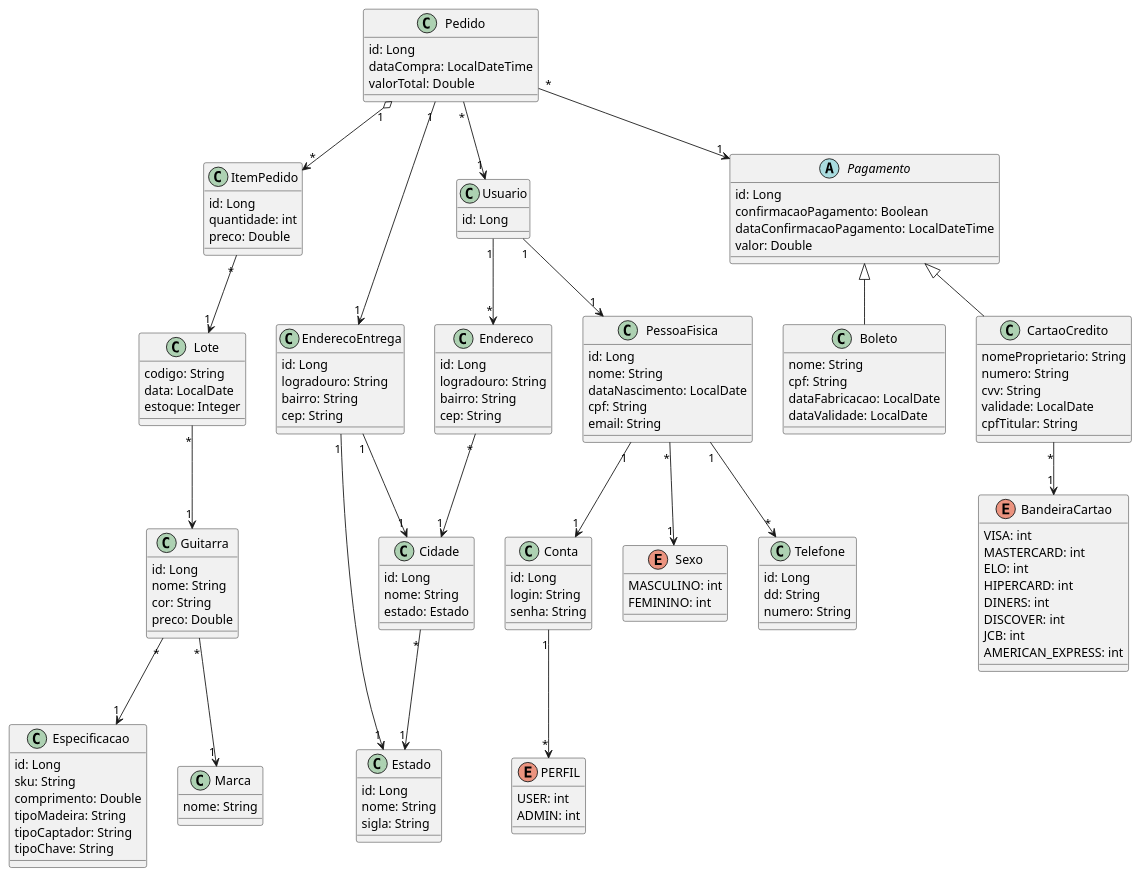
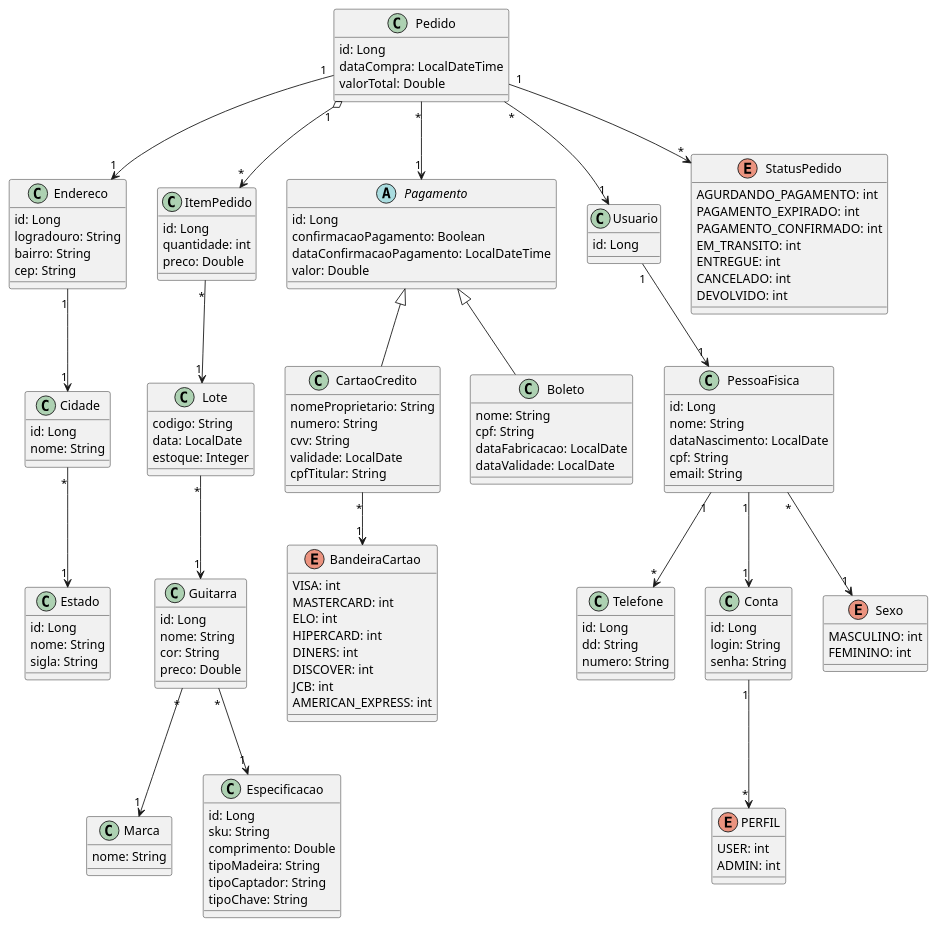
The diagram in oneGuitars-tp1-quarkus/src/main/resources/uml/uml_v2.plantuml (filipeFerreira7/api-oneGuitars-quarkus), drawn with PlantUML before and after one commit. The commit also changed 264 other files, not shown here.

```diff
--- a/oneGuitars-tp1-quarkus/src/main/resources/uml/uml_v2.plantuml
+++ b/oneGuitars-tp1-quarkus/src/main/resources/uml/uml_v2.plantuml
@@ -1,157 +1,156 @@
-@startuml
+@startuml oneGuitars
 class Telefone {
     id: Long
     dd: String
     numero: String
 }
 
 class Guitarra {
     id: Long
     nome: String
     cor: String
     preco: Double
 }
 
 class Marca {
     nome: String
 }
 
 class Especificacao {
     id: Long
     sku: String
     comprimento: Double
     tipoMadeira: String
     tipoCaptador: String
     tipoChave: String
 }
 
 class Conta {
     id: Long
     login: String
     senha: String
 }
 
 class PessoaFisica {
     id: Long
     nome: String
     dataNascimento: LocalDate
     cpf: String
     email: String
 }
 
 enum Sexo {
     MASCULINO: int
     FEMININO: int
 }
 
+
 class Endereco {
-    id: Long
-    logradouro: String
-    bairro: String
-    cep: String
-}
-
-class EnderecoEntrega {
     id: Long
     logradouro: String
     bairro: String
     cep: String
 }
 
 class Cidade {
     id: Long
     nome: String
-    estado: Estado
+    
 }
 
 class Estado {
     id: Long
     nome: String
     sigla: String
 }
 
 class Pedido {
     id: Long
     dataCompra: LocalDateTime
     valorTotal: Double
 }
 
 class ItemPedido {
     id: Long
     quantidade: int
     preco: Double
 }
 
 abstract class Pagamento {
     id: Long
     confirmacaoPagamento: Boolean
     dataConfirmacaoPagamento: LocalDateTime
     valor: Double
 }
 
 class CartaoCredito {
     nomeProprietario: String
     numero: String
     cvv: String
     validade: LocalDate
     cpfTitular: String
 }
 
 enum BandeiraCartao {
     VISA: int
     MASTERCARD: int
     ELO: int
     HIPERCARD: int
     DINERS: int
     DISCOVER: int
     JCB: int
     AMERICAN_EXPRESS: int
 }
 
 class Boleto {
     nome: String
     cpf: String
     dataFabricacao: LocalDate
     dataValidade: LocalDate
 }
 
 class Lote {
     codigo: String
     data: LocalDate
     estoque: Integer
 }
 
 class Usuario{
     id: Long
     
 }
 enum PERFIL {
     USER: int
     ADMIN: int
 }
 
+enum StatusPedido{
+ AGURDANDO_PAGAMENTO: int
+ PAGAMENTO_EXPIRADO: int
+ PAGAMENTO_CONFIRMADO: int
+ EM_TRANSITO: int
+ ENTREGUE: int
+ CANCELADO: int
+ DEVOLVIDO: int 
+}
+Pedido "1" --> "*" StatusPedido
 Pedido "*" --> "1" Usuario
 Pedido "*" --> "1" Pagamento
-Pedido "1" --> "1" EnderecoEntrega
+Pedido "1" --> "1" Endereco
 Pedido "1" o--> "*" ItemPedido
 ItemPedido "*" --> "1" Lote
-
-Usuario "1" --> "*" Endereco
-
 Guitarra "*" --> "1" Especificacao
 Guitarra "*" --> "1" Marca
 Lote "*" --> "1" Guitarra
 PessoaFisica "1" --> "*" Telefone
 Usuario "1" --> "1" PessoaFisica
 PessoaFisica "*" --> "1" Sexo
 PessoaFisica "1" --> "1" Conta
 Conta "1" --> "*" PERFIL
 
 CartaoCredito "*" --> "1" BandeiraCartao
 Pagamento <|-- CartaoCredito
 Pagamento <|-- Boleto
-Endereco "*" --> "1" Cidade
-EnderecoEntrega "1" --> "1" Cidade
-EnderecoEntrega "1" --> "1" Estado
+Endereco "1" --> "1" Cidade
 Cidade "*" --> "1" Estado
 @enduml
```
